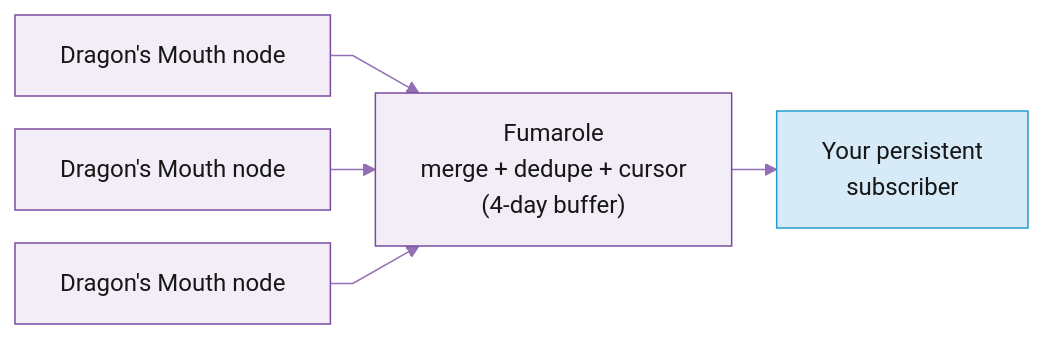
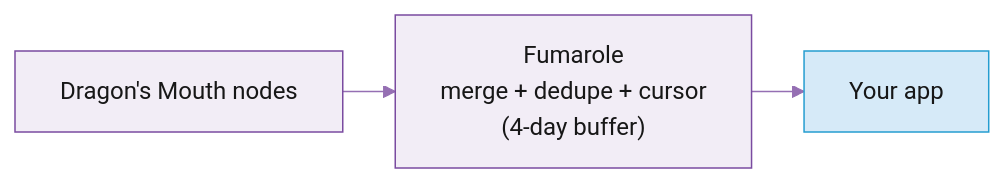
The diagram in documentation/real-time-streaming/fumarole-persistent-streams.md (praptisharma28/triton-docs-v5), drawn with Mermaid before and after one commit. The commit also changed 5 other files, not shown here.

Commit message:
Definitive Triton chart style: one shared init (palette + 20/35 spacing), all flowchart LR (horizontal + minimal vertical), unified 'Your app' blue box; collapse Cloudbreak inputs + Fumarole nodes into single boxes; standardize Deshred + intra-slot init

````diff
--- a/documentation/real-time-streaming/fumarole-persistent-streams.md
+++ b/documentation/real-time-streaming/fumarole-persistent-streams.md
@@ -49,9 +49,6 @@
 ```mermaid
-%%{init: {'theme':'base','themeVariables':{'primaryColor':'#F2EDF6','primaryBorderColor':'#7A4BA0','primaryTextColor':'#171717','lineColor':'#956FB3','secondaryColor':'#E4DBEC','tertiaryColor':'#D7C9E3'},'flowchart':{'nodeSpacing':22,'rankSpacing':30,'curve':'linear'}}}%%
+%%{init: {'theme':'base','themeVariables':{'primaryColor':'#F2EDF6','primaryBorderColor':'#7A4BA0','primaryTextColor':'#171717','lineColor':'#956FB3','secondaryColor':'#E4DBEC','tertiaryColor':'#D7C9E3'},'flowchart':{'nodeSpacing':20,'rankSpacing':35,'curve':'linear'}}}%%
 flowchart LR
-    n1["Dragon's Mouth node"] --> f["Fumarole<br/>merge + dedupe + cursor<br/>(4-day buffer)"]
-    n2["Dragon's Mouth node"] --> f
-    n3["Dragon's Mouth node"] --> f
-    f --> you["Your persistent<br/>subscriber"]
+    nodes["Dragon's Mouth nodes"] --> f["Fumarole<br/>merge + dedupe + cursor<br/>(4-day buffer)"] --> you["Your app"]
     style you fill:#D6EAF8,stroke:#259DD0
 ```
````
